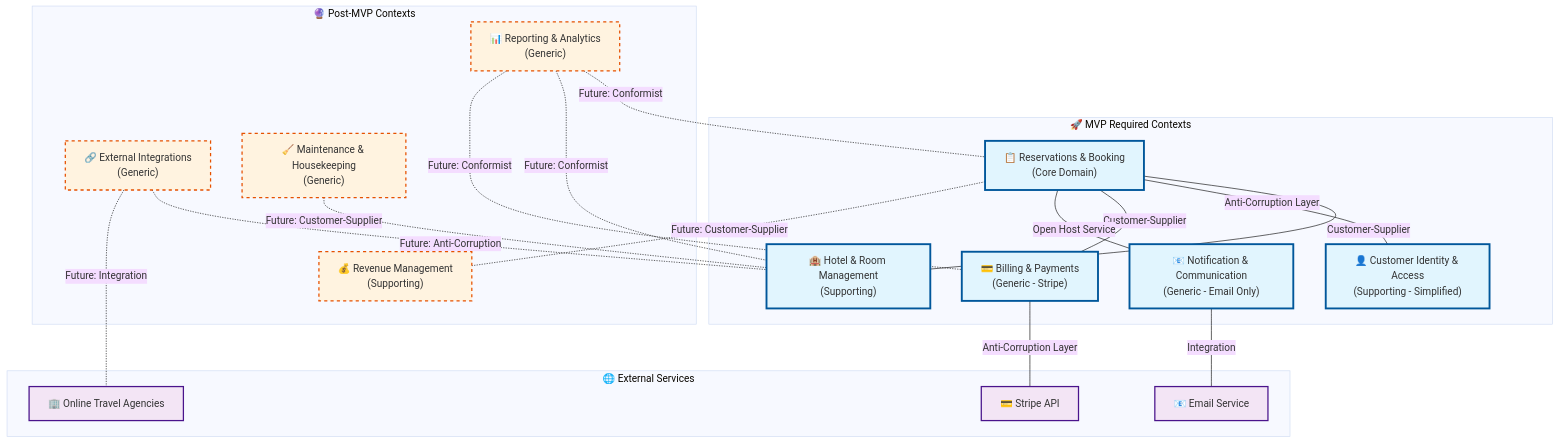
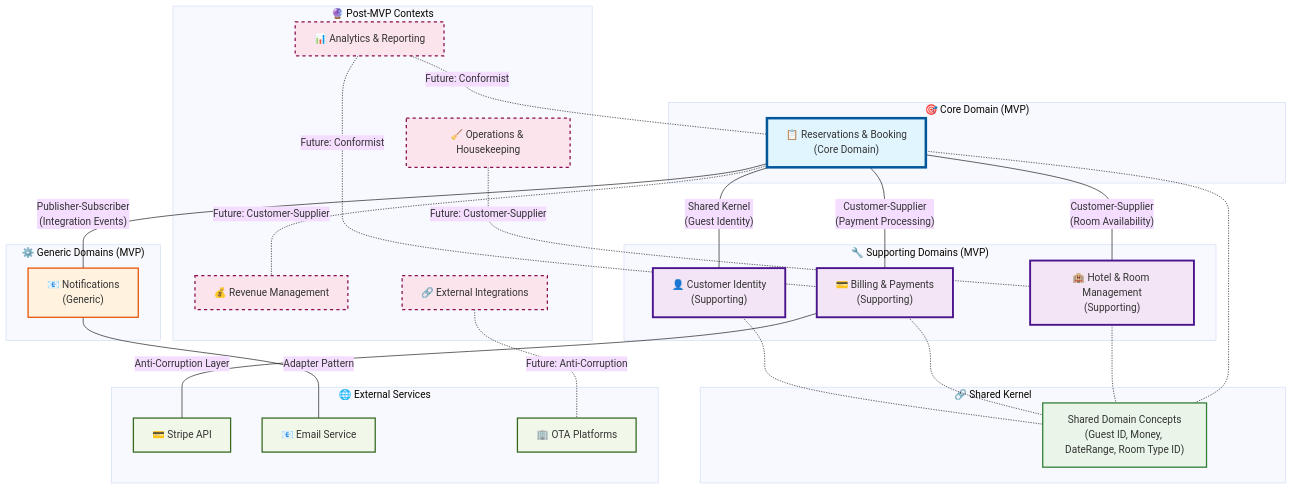
One commit to boonyarit-iamsaard/hotel-booking-system changed the diagram in docs/architecture/01-strategic-design.md. Above: the diagram before and after it, drawn with Mermaid (base theme). The commit also changed other lines of this file and 3 other files, not shown here.

Commit message:
docs: [WIP] add architecture docs

````diff
--- a/docs/architecture/01-strategic-design.md
+++ b/docs/architecture/01-strategic-design.md
@@ -104,52 +107,77 @@
 ```mermaid
 graph TB
-    %% MVP Required Contexts (Green)
-    subgraph MVP["🚀 MVP Required Contexts"]
-        RB["📋 Reservations & Booking<br/>(Core Domain)"]
-        HRM["🏨 Hotel & Room Management<br/>(Supporting)"]
-        CIA["👤 Customer Identity & Access<br/>(Supporting - Simplified)"]
-        BP["💳 Billing & Payments<br/>(Generic - Stripe)"]
-        NC["📧 Notification & Communication<br/>(Generic - Email Only)"]
+    %% Core Domain
+    subgraph "🎯 Core Domain (MVP)"
+        RES["📋 Reservations & Booking<br/>(Core Domain)"]
     end
 
-    %% Post-MVP Contexts (Orange)
-    subgraph PostMVP["🔮 Post-MVP Contexts"]
-        RM["💰 Revenue Management<br/>(Supporting)"]
-        RA["📊 Reporting & Analytics<br/>(Generic)"]
-        EI["🔗 External Integrations<br/>(Generic)"]
-        MH["🧹 Maintenance & Housekeeping<br/>(Generic)"]
+    %% Supporting Domains
+    subgraph "🔧 Supporting Domains (MVP)"
+        INV["🏨 Hotel & Room Management<br/>(Supporting)"]
+        BILL["💳 Billing & Payments<br/>(Supporting)"]
+        GUEST["👤 Customer Identity<br/>(Supporting)"]
+    end
+
+    %% Generic Domains
+    subgraph "⚙️ Generic Domains (MVP)"
+        NOTIF["📧 Notifications<br/>(Generic)"]
+    end
+
+    %% Shared Kernel
+    subgraph "🔗 Shared Kernel"
+        SHARED["Shared Domain Concepts<br/>(Guest ID, Money, DateRange, Room Type ID)"]
+    end
+
+    %% Post-MVP Contexts
+    subgraph "🔮 Post-MVP Contexts"
+        REV["💰 Revenue Management"]
+        ANALYTICS["📊 Analytics & Reporting"]
+        INTEGRATIONS["🔗 External Integrations"]
+        OPS["🧹 Operations & Housekeeping"]
     end
 
     %% External Services
-    subgraph External["🌐 External Services"]
-        Stripe["💳 Stripe API"]
-        Email["📧 Email Service"]
-        OTA["🏢 Online Travel Agencies"]
+    subgraph "🌐 External Services"
+        STRIPE["💳 Stripe API"]
+        EMAIL["📧 Email Service"]
+        OTA["🏢 OTA Platforms"]
     end
 
     %% MVP Relationships (Solid lines)
-    RB ---|"Customer-Supplier"| HRM
-    RB ---|"Anti-Corruption Layer"| CIA
-    RB ---|"Customer-Supplier"| BP
-    RB ---|"Open Host Service"| NC
-    BP ---|"Anti-Corruption Layer"| Stripe
-    NC ---|"Integration"| Email
+    RES ---|"Customer-Supplier<br/>(Room Availability)"| INV
+    RES ---|"Customer-Supplier<br/>(Payment Processing)"| BILL
+    RES ---|"Shared Kernel<br/>(Guest Identity)"| GUEST
+    RES ---|"Publisher-Subscriber<br/>(Integration Events)"| NOTIF
+
+    %% Shared Kernel relationships
+    RES -.- SHARED
+    INV -.- SHARED
+    BILL -.- SHARED
+    GUEST -.- SHARED
+
+    %% External integrations (MVP)
+    BILL ---|"Anti-Corruption Layer"| STRIPE
+    NOTIF ---|"Adapter Pattern"| EMAIL
 
     %% Post-MVP Relationships (Dashed lines)
-    RB -.-|"Future: Customer-Supplier"| RM
-    RA -.-|"Future: Conformist"| RB
-    RA -.-|"Future: Conformist"| HRM
-    RA -.-|"Future: Conformist"| BP
-    EI -.-|"Future: Anti-Corruption"| HRM
-    EI -.-|"Future: Integration"| OTA
-    MH -.-|"Future: Customer-Supplier"| HRM
+    RES -.-|"Future: Customer-Supplier"| REV
+    ANALYTICS -.-|"Future: Conformist"| RES
+    ANALYTICS -.-|"Future: Conformist"| BILL
+    INTEGRATIONS -.-|"Future: Anti-Corruption"| OTA
+    OPS -.-|"Future: Customer-Supplier"| INV
 
     %% Styling
-    classDef mvpStyle fill:#e1f5fe,stroke:#01579b,stroke-width:3px
-    classDef postMvpStyle fill:#fff3e0,stroke:#e65100,stroke-width:2px,stroke-dasharray: 5 5
-    classDef externalStyle fill:#f3e5f5,stroke:#4a148c,stroke-width:2px
+    classDef core fill:#e1f5fe,stroke:#01579b,stroke-width:4px
+    classDef supporting fill:#f3e5f5,stroke:#4a148c,stroke-width:3px
+    classDef generic fill:#fff3e0,stroke:#e65100,stroke-width:2px
+    classDef shared fill:#e8f5e8,stroke:#2e7d32,stroke-width:2px
+    classDef postMvp fill:#fce4ec,stroke:#880e4f,stroke-width:2px,stroke-dasharray: 5 5
+    classDef external fill:#f1f8e9,stroke:#33691e,stroke-width:2px
 
-    class RB,HRM,CIA,BP,NC mvpStyle
-    class RM,RA,EI,MH postMvpStyle
-    class Stripe,Email,OTA externalStyle
+    class RES core
+    class INV,BILL,GUEST supporting
+    class NOTIF generic
+    class SHARED shared
+    class REV,ANALYTICS,INTEGRATIONS,OPS postMvp
+    class STRIPE,EMAIL,OTA external
 ```
````
